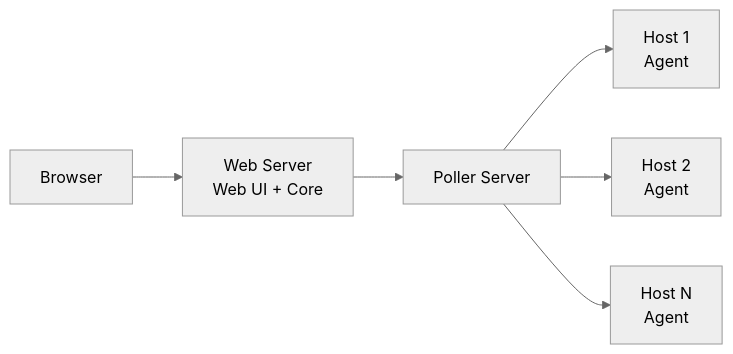
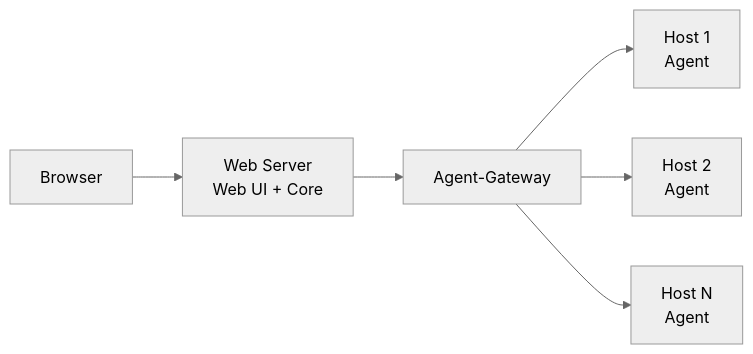
One commit to carverauto/serviceradar changed the fifth of 7 diagrams in docs/docs/architecture.md. Above: the diagram before and after it, drawn with Mermaid (neutral theme). The commit also changed other lines of this file and 287 other files, not shown here.

````diff
--- a/docs/docs/architecture.md
+++ b/docs/docs/architecture.md
@@ -328,8 +350,8 @@
 ```mermaid
 graph LR
     Browser[Browser] --> WebServer[Web Server<br/>Web UI + Core]
-    WebServer --> PollerServer[Poller Server]
-    PollerServer --> AgentServer1[Host 1<br/>Agent]
-    PollerServer --> AgentServer2[Host 2<br/>Agent]
-    PollerServer --> AgentServerN[Host N<br/>Agent]
+    WebServer --> GatewayServer[Agent-Gateway]
+    GatewayServer --> AgentServer1[Host 1<br/>Agent]
+    GatewayServer --> AgentServer2[Host 2<br/>Agent]
+    GatewayServer --> AgentServerN[Host N<br/>Agent]
 ```
````
